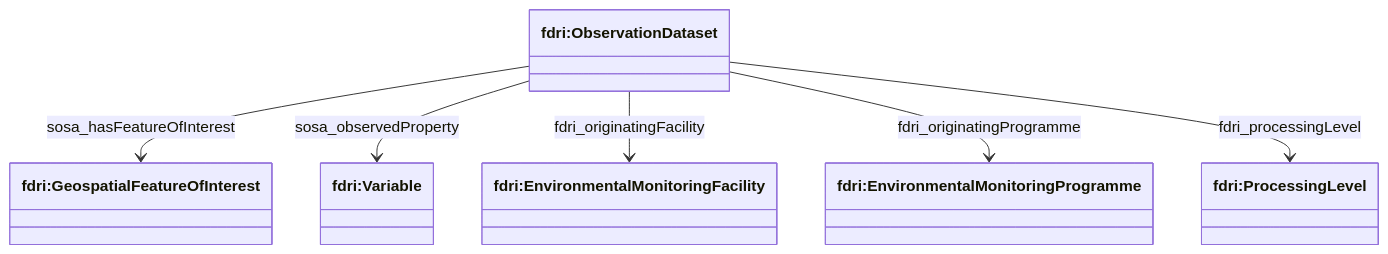
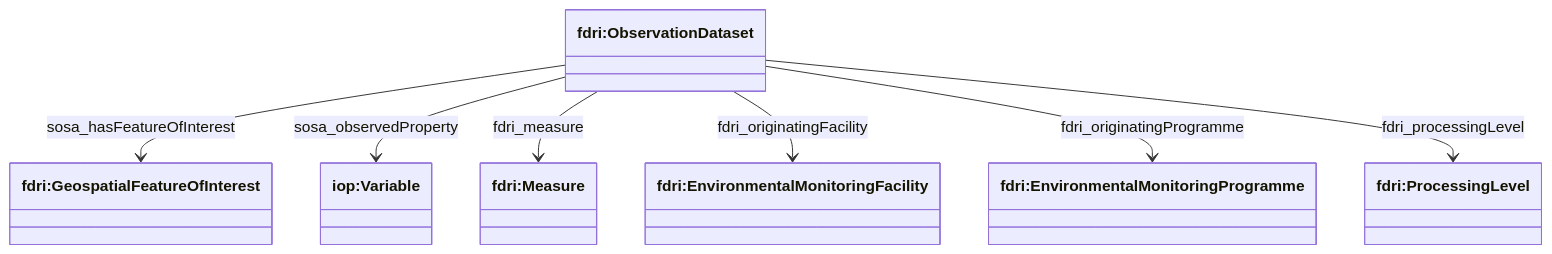
Before and after one commit to NERC-CEH/fdri-ontology: the first of 3 diagrams in ontology/doc/time-series-dataset.md, drawn with Mermaid. The commit also changed other lines of this file and 7 other files, not shown here.

````diff
--- a/ontology/doc/time-series-dataset.md
+++ b/ontology/doc/time-series-dataset.md
@@ -5,14 +5,16 @@
 ```mermaid
 classDiagram
 class ObservationDataset["fdri:ObservationDataset"]
 class FoI["fdri:GeospatialFeatureOfInterest"]
 class EMF["fdri:EnvironmentalMonitoringFacility"]
 class EMP["fdri:EnvironmentalMonitoringProgramme"]
-class Variable["fdri:Variable"]
+class Variable["iop:Variable"]
+class Measure["fdri:Measure"]
 class ProcessingLevel["fdri:ProcessingLevel"]
 ObservationDataset --> FoI: sosa_hasFeatureOfInterest
 ObservationDataset --> Variable: sosa_observedProperty
+ObservationDataset --> Measure: fdri_measure
 ObservationDataset --> EMF: fdri_originatingFacility
 ObservationDataset --> EMP: fdri_originatingProgramme
 ObservationDataset --> ProcessingLevel: fdri_processingLevel
 ```
````
